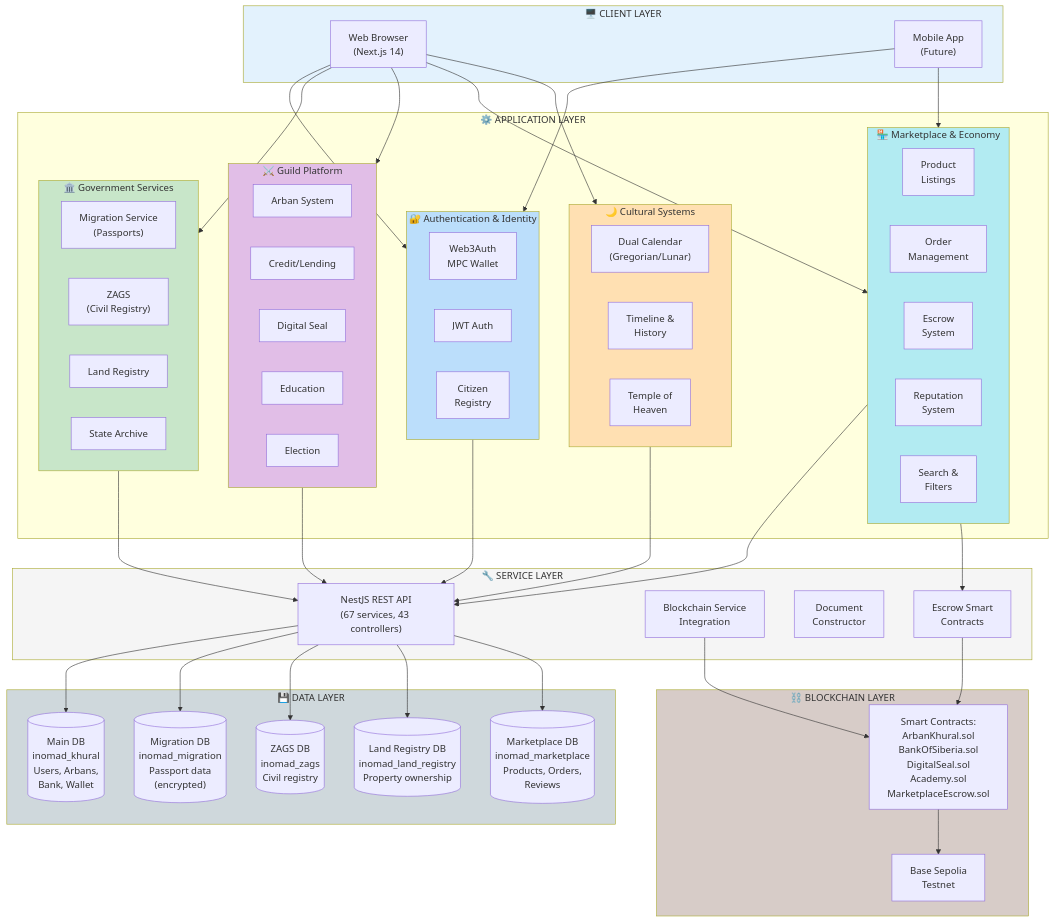
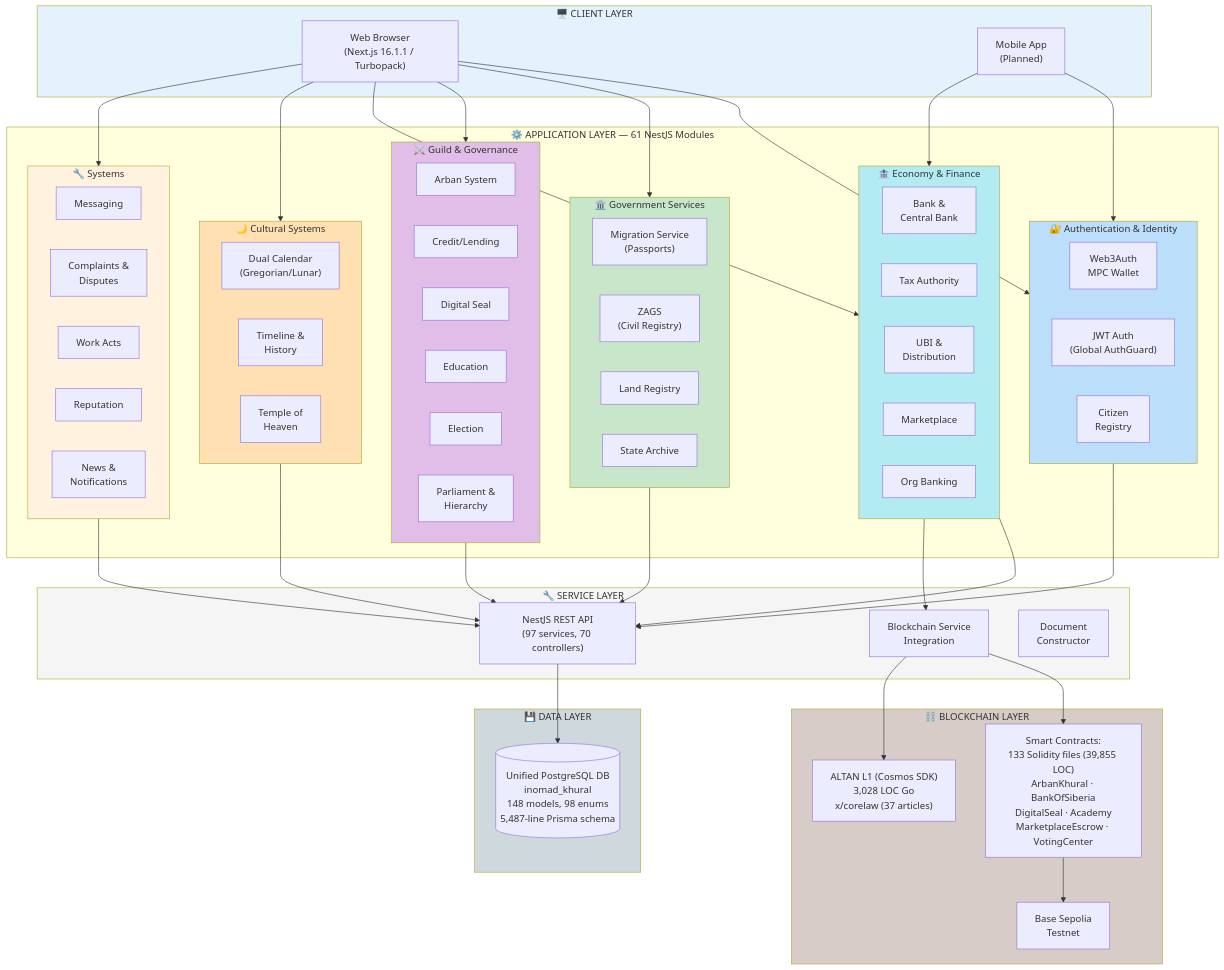
One commit to Khongirad/INOMAD changed the diagram in docs/architecture/SYSTEM_ARCHITECTURE.md. Above: the diagram before and after it, drawn with Mermaid. The commit also changed other lines of this file and 29 other files, not shown here.

First line of the commit message:
feat: registration flow fix + ALTAN birthright + state structure page

````diff
--- a/docs/architecture/SYSTEM_ARCHITECTURE.md
+++ b/docs/architecture/SYSTEM_ARCHITECTURE.md
@@ -10,14 +10,14 @@
 ```mermaid
 graph TB
     subgraph Client["🖥️ CLIENT LAYER"]
-        Web["Web Browser<br/>(Next.js 14)"]
-        Mobile["Mobile App<br/>(Future)"]
+        Web["Web Browser<br/>(Next.js 16.1.1 / Turbopack)"]
+        Mobile["Mobile App<br/>(Planned)"]
     end
 
-    subgraph Application["⚙️ APPLICATION LAYER"]
+    subgraph Application["⚙️ APPLICATION LAYER — 61 NestJS Modules"]
         subgraph Auth["🔐 Authentication & Identity"]
             MPC["Web3Auth<br/>MPC Wallet"]
-            JWT["JWT Auth"]
+            JWT["JWT Auth<br/>(Global AuthGuard)"]
             Registry["Citizen<br/>Registry"]
         end
 
@@ -28,20 +28,21 @@
             Archive["State Archive"]
         end
 
-        subgraph Guild["⚔️ Guild Platform"]
+        subgraph Guild["⚔️ Guild & Governance"]
             Arban["Arban System"]
             Credit["Credit/Lending"]
             Seal["Digital Seal"]
             Edu["Education"]
             Election["Election"]
+            Parliament["Parliament &<br/>Hierarchy"]
         end
 
-        subgraph Market["🏪 Marketplace & Economy"]
-            Products["Product<br/>Listings"]
-            Orders["Order<br/>Management"]
-            Escrow["Escrow<br/>System"]
-            Reputation["Reputation<br/>System"]
-            Search["Search &<br/>Filters"]
+        subgraph Economy["🏦 Economy & Finance"]
+            Bank["Bank &<br/>Central Bank"]
+            Tax["Tax Authority"]
+            Distribution["UBI &<br/>Distribution"]
+            Marketplace["Marketplace"]
+            OrgBanking["Org Banking"]
         end
 
         subgraph Culture["🌙 Cultural Systems"]
@@ -49,59 +50,62 @@
             Timeline["Timeline &<br/>History"]
             Temple["Temple of<br/>Heaven"]
         end
+
+        subgraph Systems["🔧 Systems"]
+            Messaging["Messaging"]
+            Complaints["Complaints &<br/>Disputes"]
+            WorkActs["Work Acts"]
+            Reputation["Reputation"]
+            News["News &<br/>Notifications"]
+        end
     end
 
     subgraph Service["🔧 SERVICE LAYER"]
-        API["NestJS REST API<br/>(67 services, 43 controllers)"]
+        API["NestJS REST API<br/>(97 services, 70 controllers)"]
         Blockchain["Blockchain Service<br/>Integration"]
         DocConstructor["Document<br/>Constructor"]
-        EscrowService["Escrow Smart<br/>Contracts"]
     end
 
     subgraph Data["💾 DATA LAYER"]
-        MainDB[("Main DB<br/>inomad_khural<br/>Users, Arbans,<br/>Bank, Wallet")]
-        MigrationDB[("Migration DB<br/>inomad_migration<br/>Passport data<br/>(encrypted)")]
-        ZAGSDB[("ZAGS DB<br/>inomad_zags<br/>Civil registry")]
-        LandDB[("Land Registry DB<br/>inomad_land_registry<br/>Property ownership")]
-        MarketDB[("Marketplace DB<br/>inomad_marketplace<br/>Products, Orders,<br/>Reviews")]
+        MainDB[("Unified PostgreSQL DB<br/>inomad_khural<br/>148 models, 98 enums<br/>5,487-line Prisma schema")]
     end
 
     subgraph Chain["⛓️ BLOCKCHAIN LAYER"]
-        Contracts["Smart Contracts:<br/>ArbanKhural.sol<br/>BankOfSiberia.sol<br/>DigitalSeal.sol<br/>Academy.sol<br/>MarketplaceEscrow.sol"]
+        Contracts["Smart Contracts:<br/>133 Solidity files (39,855 LOC)<br/>ArbanKhural · BankOfSiberia<br/>DigitalSeal · Academy<br/>MarketplaceEscrow · VotingCenter"]
+        L1["ALTAN L1 (Cosmos SDK)<br/>3,028 LOC Go<br/>x/corelaw (37 articles)"]
         Network["Base Sepolia<br/>Testnet"]
     end
 
     Web --> Auth
     Web --> Govt
     Web --> Guild
-    Web --> Market
+    Web --> Economy
     Web --> Culture
+    Web --> Systems
     Mobile --> Auth
-    Mobile --> Market
+    Mobile --> Economy
 
     Auth --> API
     Govt --> API
     Guild --> API
-    Market --> API
+    Economy --> API
     Culture --> API
+    Systems --> API
 
     API --> MainDB
-    API --> MigrationDB
-    API --> ZAGSDB
-    API --> LandDB
-    API --> MarketDB
     
-    Market --> EscrowService
-    EscrowService --> Contracts
+    Economy --> Blockchain
     Blockchain --> Contracts
     Contracts --> Network
+    Blockchain --> L1
 
     style Client fill:#e3f2fd
     style Auth fill:#bbdefb
     style Govt fill:#c8e6c9
     style Guild fill:#e1bee7
-    style Market fill:#b2ebf2
+    style Economy fill:#b2ebf2
     style Culture fill:#ffe0b2
+    style Systems fill:#fff3e0
     style Service fill:#f5f5f5
     style Data fill:#cfd8dc
     style Chain fill:#d7ccc8
````
